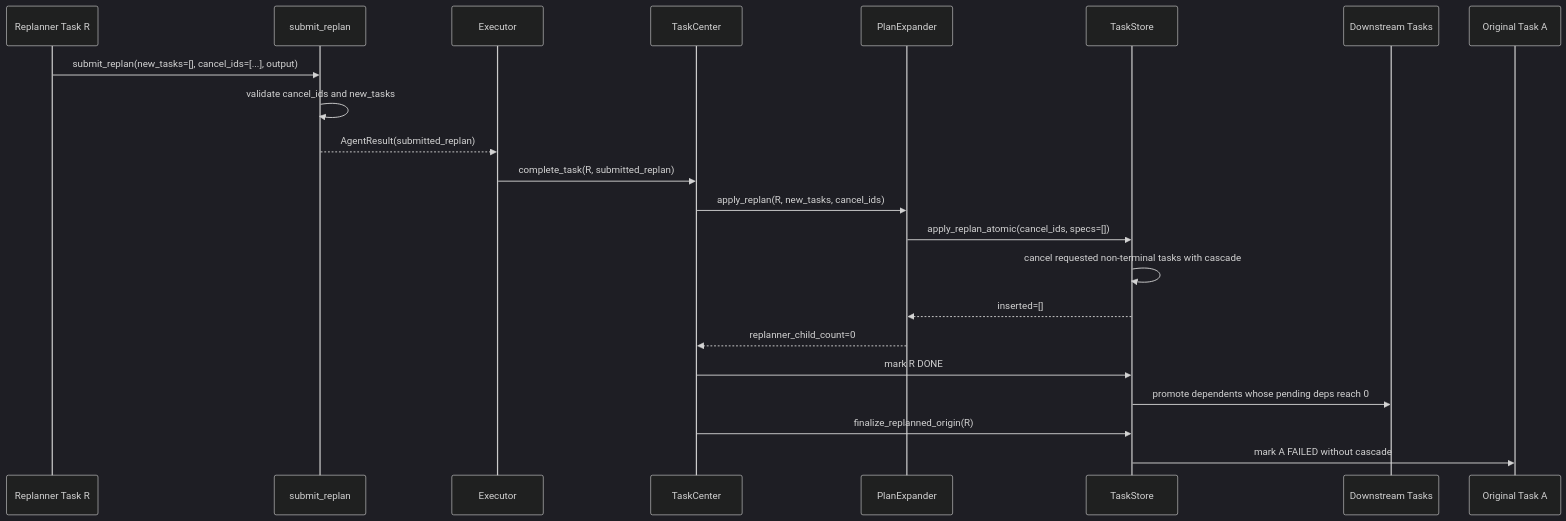
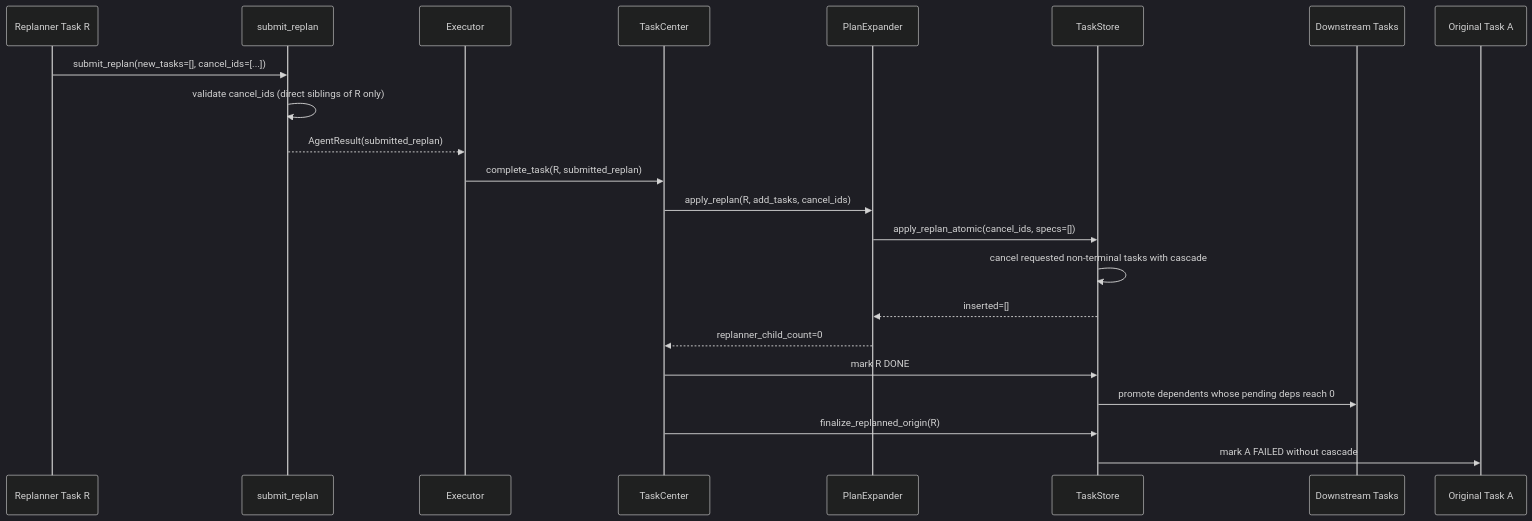
Before and after one commit to Ephemeral-AI-Lab/ephemeral-os: the second of 7 diagrams in docs/architecture/replan-workflow-sequence-diagrams.md, drawn with Mermaid (dark theme). The commit also changed other lines of this file and 22 other files, not shown here.

````diff
--- a/docs/architecture/replan-workflow-sequence-diagrams.md
+++ b/docs/architecture/replan-workflow-sequence-diagrams.md
@@ -95,28 +102,28 @@
 ```mermaid
 sequenceDiagram
     participant R as Replanner Task R
     participant Tool as submit_replan
     participant Ex as Executor
     participant TC as TaskCenter
     participant PE as PlanExpander
     participant TS as TaskStore
     participant D as Downstream Tasks
     participant A as Original Task A
 
-    R->>Tool: submit_replan(new_tasks=[], cancel_ids=[...], output)
-    Tool->>Tool: validate cancel_ids and new_tasks
+    R->>Tool: submit_replan(new_tasks=[], cancel_ids=[...])
+    Tool->>Tool: validate cancel_ids (direct siblings of R only)
     Tool-->>Ex: AgentResult(submitted_replan)
 
     Ex->>TC: complete_task(R, submitted_replan)
-    TC->>PE: apply_replan(R, new_tasks, cancel_ids)
+    TC->>PE: apply_replan(R, add_tasks, cancel_ids)
     PE->>TS: apply_replan_atomic(cancel_ids, specs=[])
 
     TS->>TS: cancel requested non-terminal tasks with cascade
     TS-->>PE: inserted=[]
     PE-->>TC: replanner_child_count=0
 
     TC->>TS: mark R DONE
     TS->>D: promote dependents whose pending deps reach 0
     TC->>TS: finalize_replanned_origin(R)
     TS->>A: mark A FAILED without cascade
 ```
````
